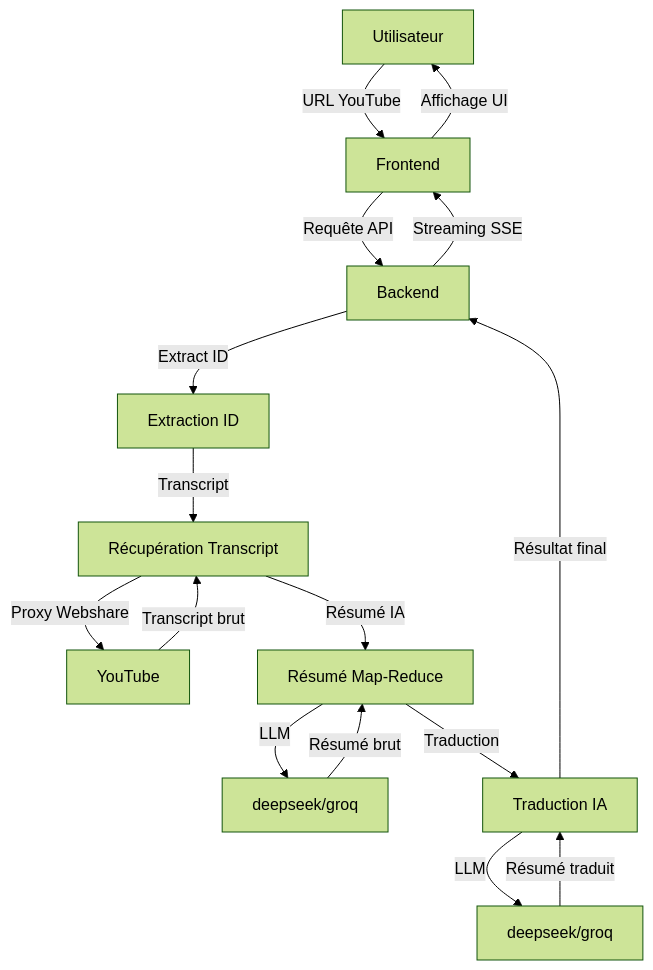
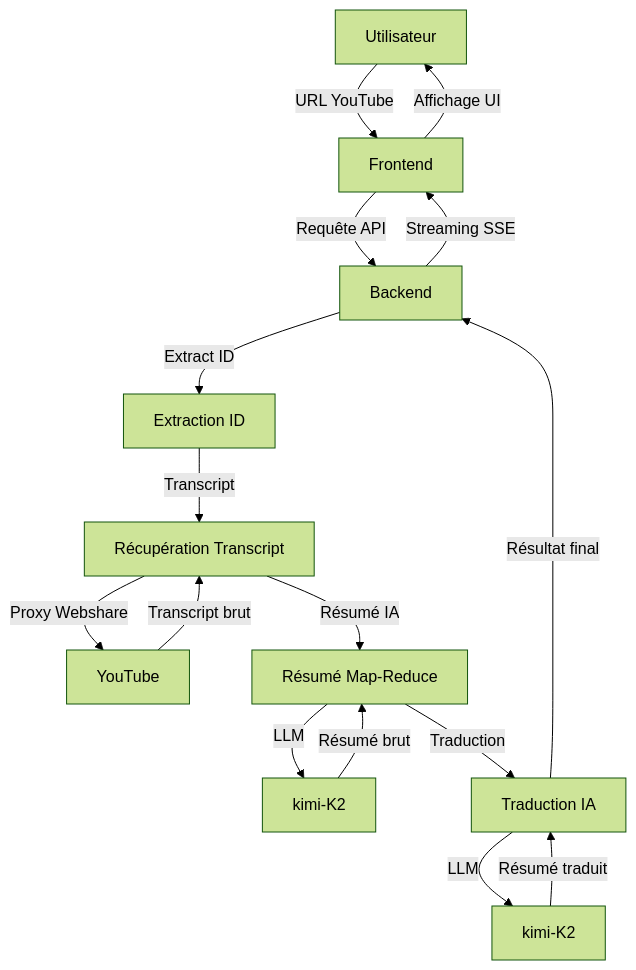
Before and after one commit to matt-GTN/zenyth: the diagram in README.md, drawn with Mermaid (forest theme).

Commit message:
update : readme.md

````diff
--- a/README.md
+++ b/README.md
@@ -22,18 +22,18 @@
 ```mermaid
 graph TD
     A[Utilisateur] -->|URL YouTube| B[Frontend]
     B -->|Requête API| C[Backend]
     C -->|Extract ID| D[Extraction ID]
     D -->|Transcript| E[Récupération Transcript]
     E -->|Proxy Webshare| F[YouTube]
     F -->|Transcript brut| E
     E -->|Résumé IA| G[Résumé Map-Reduce]
-    G -->|LLM| H[deepseek/groq]
+    G -->|LLM| H[kimi-K2]
     H -->|Résumé brut| G
     G -->|Traduction| I[Traduction IA]
-    I -->|LLM| J[deepseek/groq]
+    I -->|LLM| J[kimi-K2]
     J -->|Résumé traduit| I
     I -->|Résultat final| C
     C -->|Streaming SSE| B
     B -->|Affichage UI| A
 ```
````
